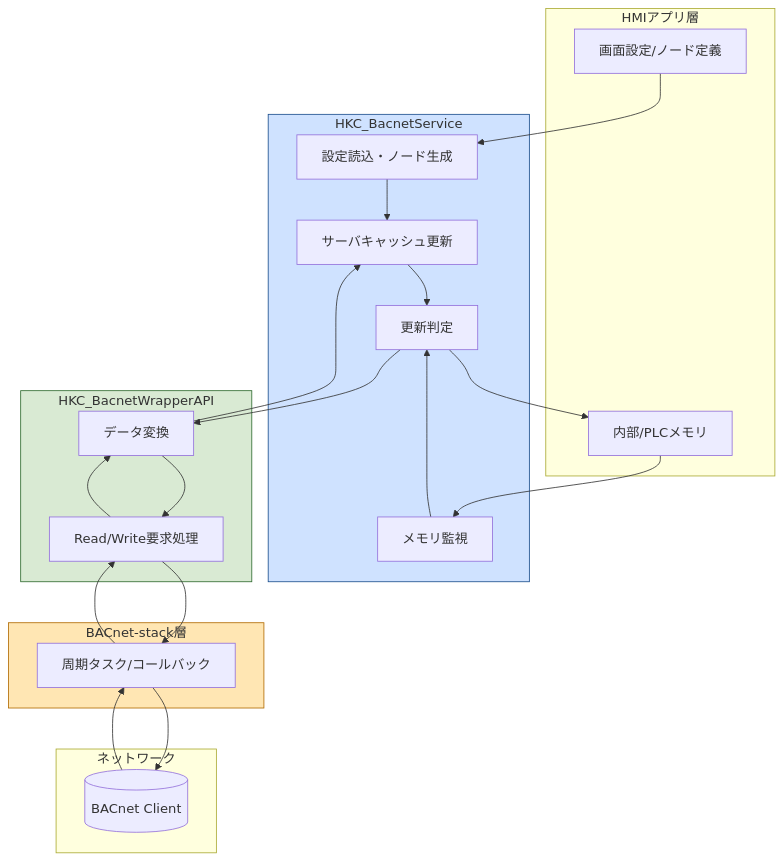
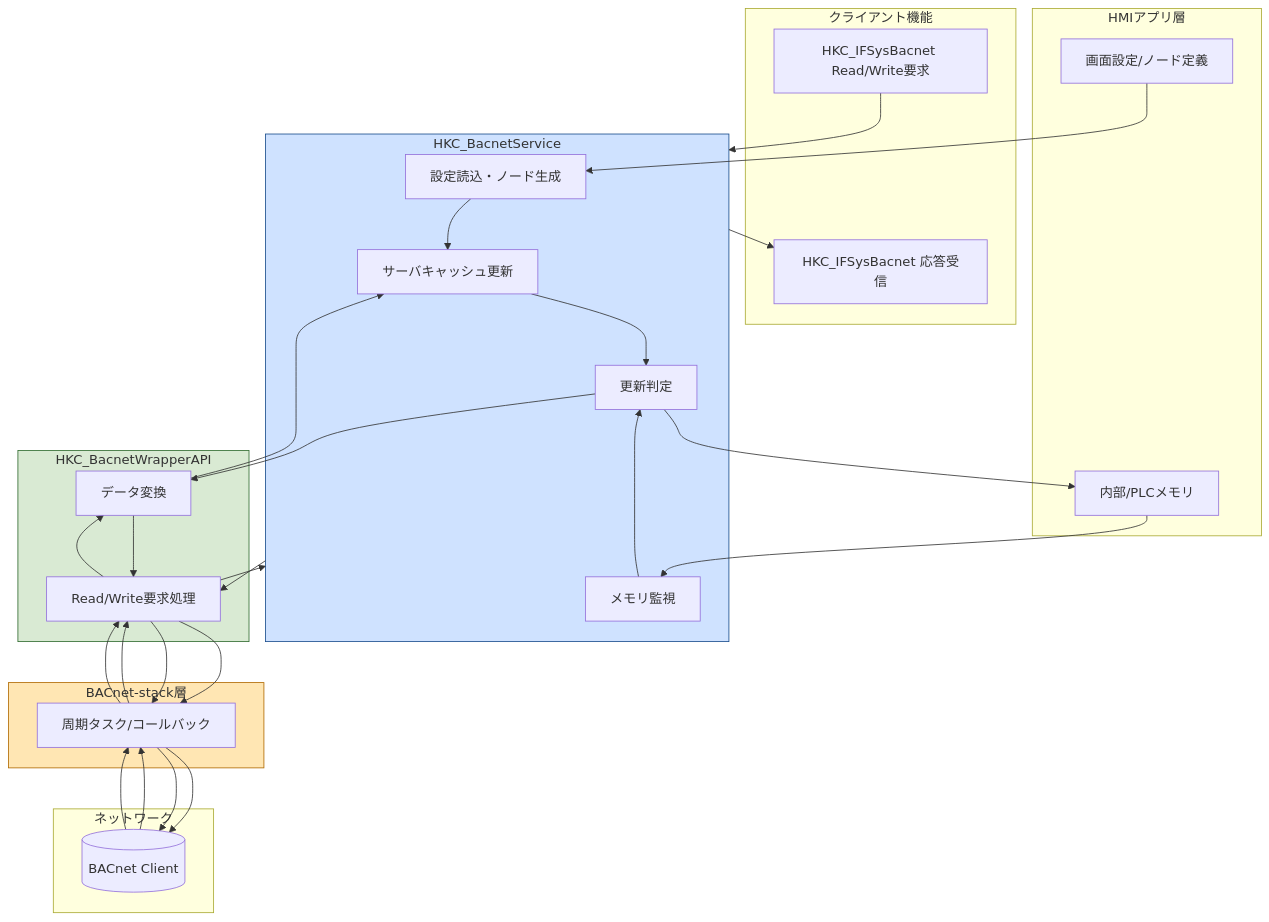
Before and after one commit to moto046/markdown-test: the fourth of 4 diagrams in bacnet.md, drawn with Mermaid.

````diff
--- a/bacnet.md
+++ b/bacnet.md
@@ -105,31 +105,37 @@
 ```mermaid
 graph TD
     subgraph App[HMIアプリ層]
       UI[画面設定/ノード定義]
       Mem[内部/PLCメモリ]
+    end
+    subgraph ClientFunc[クライアント機能]
+      IFReq[HKC_IFSysBacnet Read/Write要求]
+      IFResp[HKC_IFSysBacnet 応答受信]
     end
     subgraph Svc[HKC_BacnetService]
       Init[設定読込・ノード生成]
       Mon[メモリ監視]
       Upd[更新判定]
       Cache[サーバキャッシュ更新]
     end
     subgraph Wrap[HKC_BacnetWrapperAPI]
       Conv[データ変換]
       Req[Read/Write要求処理]
     end
     subgraph Stack[BACnet-stack層]
       Task[周期タスク/コールバック]
     end
     subgraph Net[ネットワーク]
       Client[(BACnet Client)]
     end
 
     UI --> Init --> Cache
     Mem --> Mon --> Upd --> Conv --> Req --> Task --> Client
     Client --> Task --> Req --> Conv --> Cache --> Upd --> Mem
+    IFReq --> Svc --> Req --> Task --> Client
+    Client --> Task --> Req --> Svc --> IFResp
 
     style Svc fill:#cfe2ff,stroke:#1a4d8c
     style Wrap fill:#d9ead3,stroke:#2f6b2f
     style Stack fill:#ffe6b3,stroke:#b06a00
 ```
````
